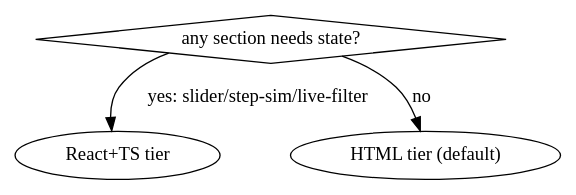
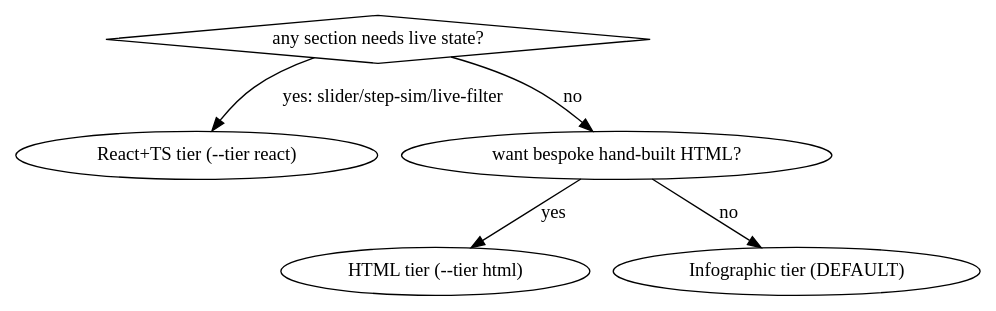
One commit to montionugera/ps-skills changed the diagram in skills/ps-commu-explain/SKILL.md. Above: the diagram before and after it, drawn with Graphviz. The commit also changed other lines of this file and 21 other files, not shown here.

````diff
--- a/skills/ps-commu-explain/SKILL.md
+++ b/skills/ps-commu-explain/SKILL.md
@@ -28,7 +34,9 @@
 ```dot
 digraph tier {
-  "any section needs state?" [shape=diamond];
-  "any section needs state?" -> "React+TS tier" [label="yes: slider/step-sim/live-filter"];
-  "any section needs state?" -> "HTML tier (default)" [label="no"];
+  "any section needs live state?" [shape=diamond];
+  "any section needs live state?" -> "React+TS tier (--tier react)" [label="yes: slider/step-sim/live-filter"];
+  "any section needs live state?" -> "want bespoke hand-built HTML?" [label="no", shape=diamond];
+  "want bespoke hand-built HTML?" -> "HTML tier (--tier html)" [label="yes"];
+  "want bespoke hand-built HTML?" -> "Infographic tier (DEFAULT)" [label="no"];
 }
 ```
````
